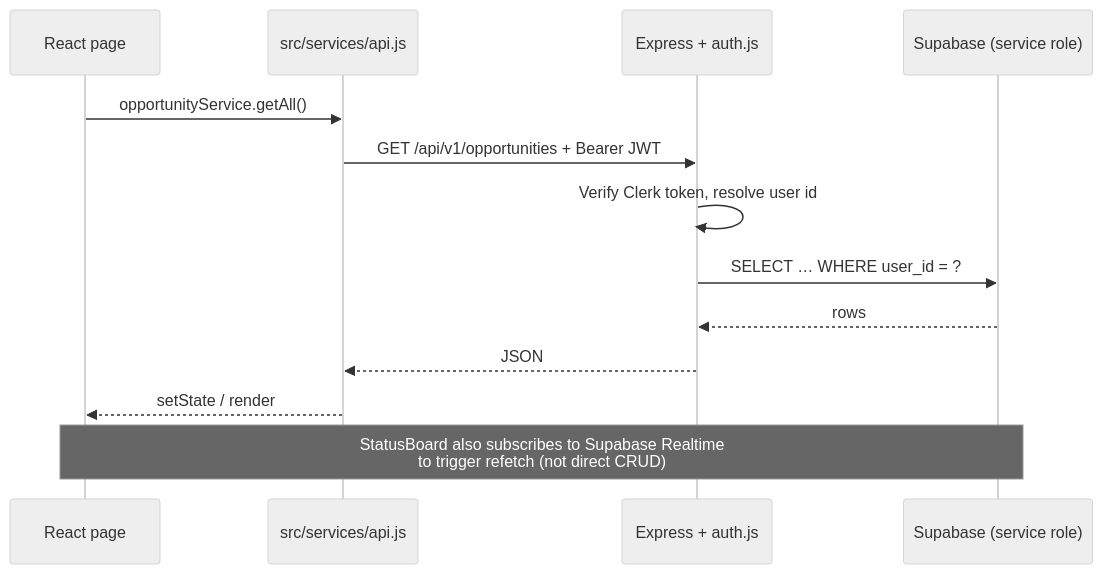
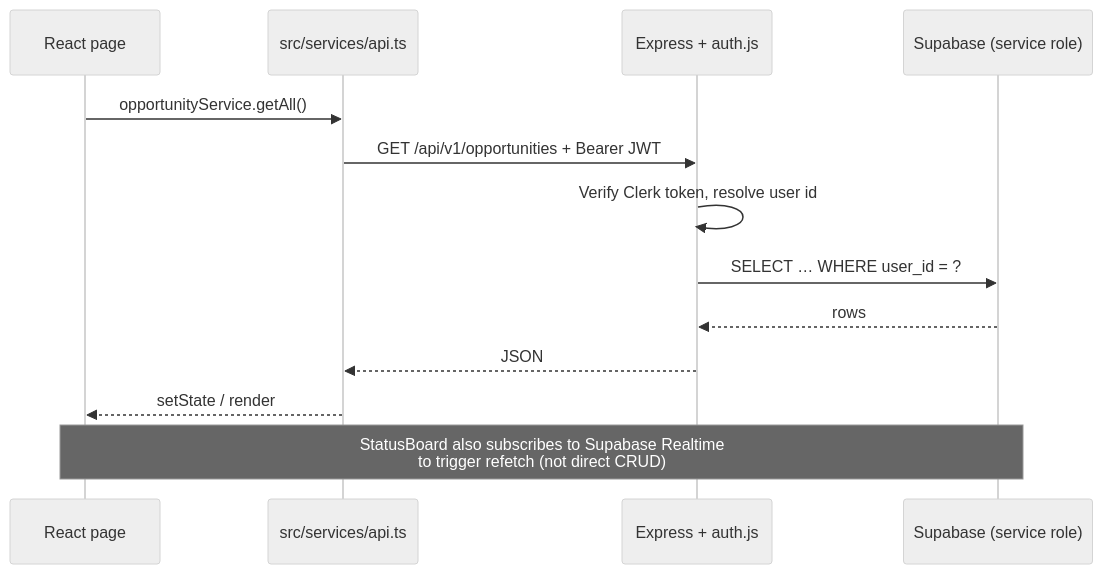
Before and after one commit to Venkat-Kolasani/FutureStack: the diagram in docs/CODEBASE_GUIDE.md, drawn with Mermaid (neutral theme). The commit also changed other lines of this file and 5 other files, not shown here.

````diff
--- a/docs/CODEBASE_GUIDE.md
+++ b/docs/CODEBASE_GUIDE.md
@@ -60,17 +61,17 @@
 ```mermaid
 sequenceDiagram
     participant R as React page
-    participant A as src/services/api.js
+    participant A as src/services/api.ts
     participant E as Express + auth.js
     participant S as Supabase (service role)
 
     R->>A: opportunityService.getAll()
     A->>E: GET /api/v1/opportunities + Bearer JWT
     E->>E: Verify Clerk token, resolve user id
     E->>S: SELECT … WHERE user_id = ?
     S-->>E: rows
     E-->>A: JSON
     A-->>R: setState / render
 
     Note over R,S: StatusBoard also subscribes to Supabase Realtime<br/>to trigger refetch (not direct CRUD)
 ```
````
